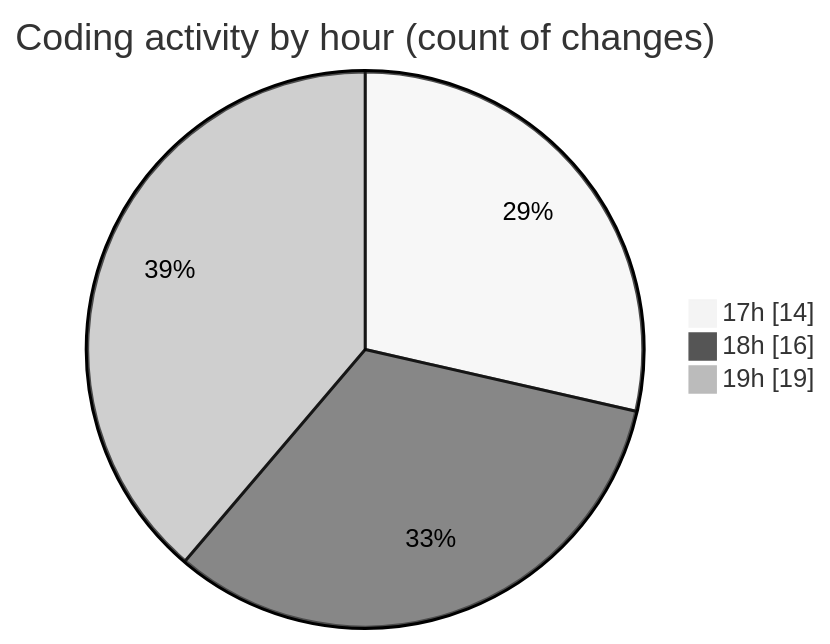
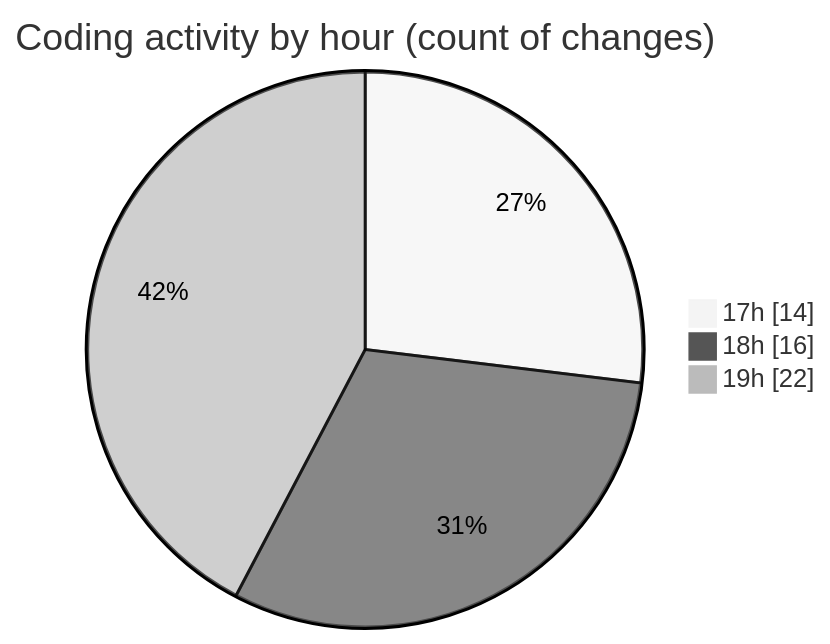
The second of 2 diagrams in 2025-05-01/jmasm/README.md (charlie-sans/code-tracking), drawn with Mermaid (neutral theme) before and after one commit. The commit also changed other lines of this file and 1 other file, not shown here.

````diff
--- a/2025-05-01/jmasm/README.md
+++ b/2025-05-01/jmasm/README.md
@@ -39,7 +39,7 @@
 ```mermaid
 pie showData
 title Coding activity by hour (count of changes)
 "17h" : 14
 "18h" : 16
-"19h" : 19
+"19h" : 22
 ```
````
